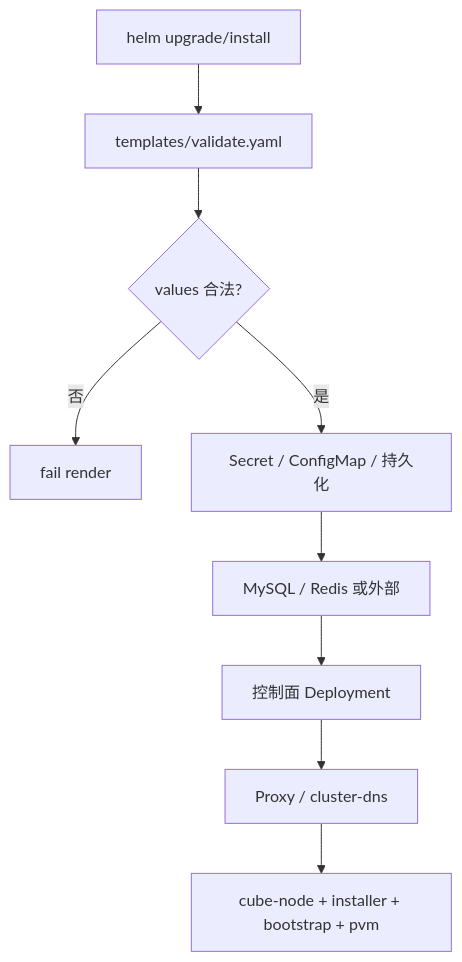
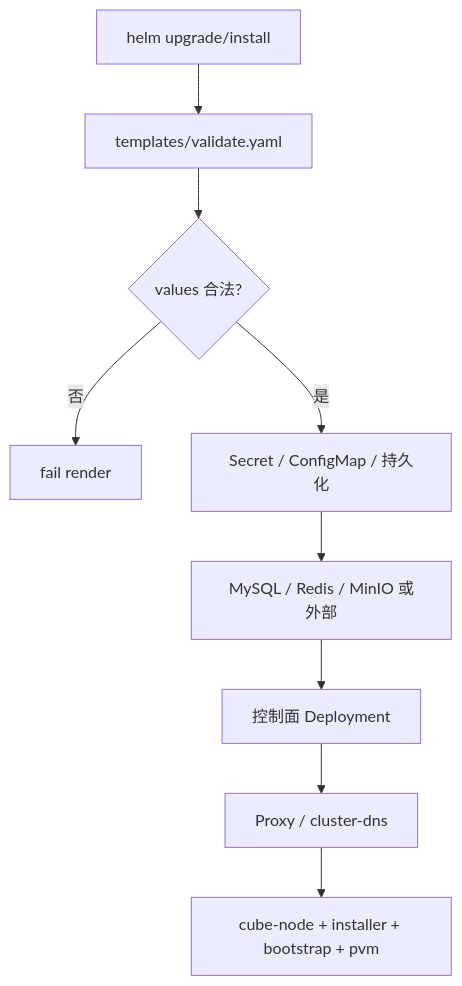
One commit to TencentCloud/CubeSandbox changed the third of 9 diagrams in docs/zh/guide/kubernetes/architecture.md. Above: the diagram before and after it, drawn with Mermaid. The commit also changed other lines of this file and 66 other files, not shown here.

````diff
--- a/docs/zh/guide/kubernetes/architecture.md
+++ b/docs/zh/guide/kubernetes/architecture.md
@@ -216,11 +222,11 @@
 ```mermaid
 flowchart TD
   A["helm upgrade/install"] --> B["templates/validate.yaml"]
   B --> C{"values 合法?"}
   C -- 否 --> X["fail render"]
   C -- 是 --> D["Secret / ConfigMap / 持久化"]
-  D --> E["MySQL / Redis 或外部"]
+  D --> E["MySQL / Redis / MinIO 或外部"]
   E --> F["控制面 Deployment"]
   F --> G["Proxy / cluster-dns"]
   G --> H["cube-node + installer + bootstrap + pvm"]
 ```
````
